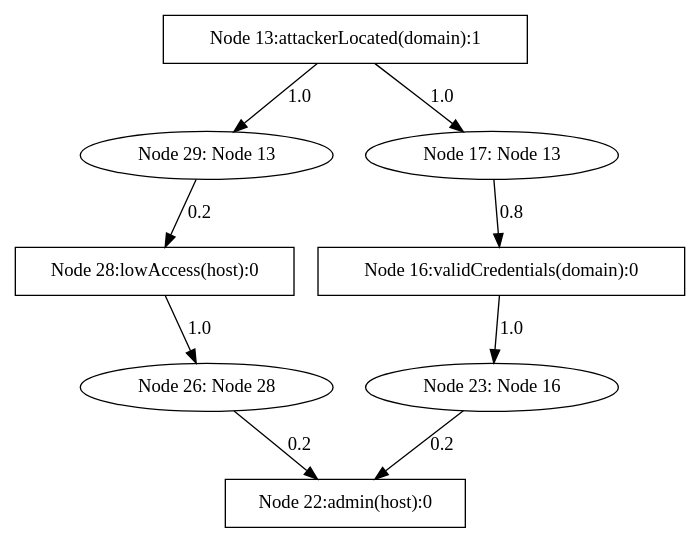
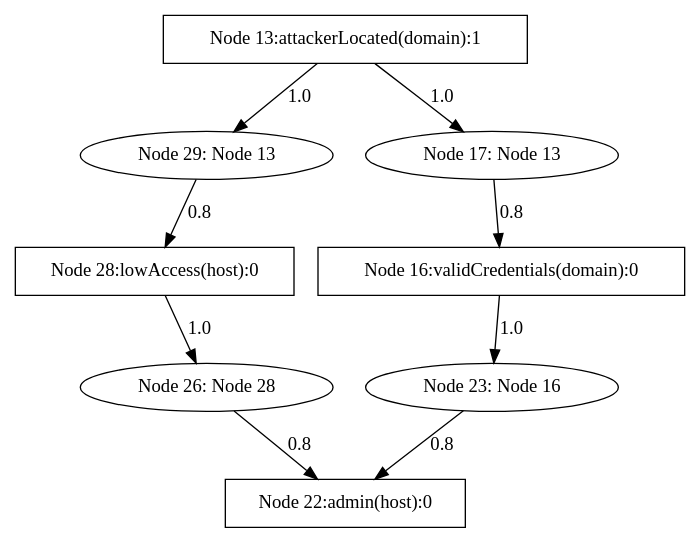
The diagram in Personnal_simulations/output_selection/attack_paths/BAG-to-22.dot (NathanaeldeLaChesnais/attacker_profiling_for_BAG_with_honeypots), drawn with Graphviz before and after one commit. The commit also changed 30 other files, not shown here.

```diff
--- a/Personnal_simulations/output_selection/attack_paths/BAG-to-22.dot
+++ b/Personnal_simulations/output_selection/attack_paths/BAG-to-22.dot
@@ -1,18 +1,18 @@
 strict digraph G {
   1 [ label="Node 29: Node 13" shape="ellipse" nodeType="AND" probArray="1.0" ];
-  2 [ label="Node 28:lowAccess(host):0" shape="box" nodeType="OR" probArray="0.2" ];
+  2 [ label="Node 28:lowAccess(host):0" shape="box" nodeType="OR" probArray="0.8" ];
   3 [ label="Node 26: Node 28" shape="ellipse" nodeType="AND" probArray="1.0" ];
   4 [ label="Node 23: Node 16" shape="ellipse" nodeType="AND" probArray="1.0" ];
-  5 [ label="Node 22:admin(host):0" shape="box" nodeType="OR" probArray="0.2 0.2" ];
+  5 [ label="Node 22:admin(host):0" shape="box" nodeType="OR" probArray="0.8 0.8" ];
   6 [ label="Node 17: Node 13" shape="ellipse" nodeType="AND" probArray="1.0" ];
   7 [ label="Node 16:validCredentials(domain):0" shape="box" nodeType="OR" probArray="0.8" ];
   8 [ label="Node 13:attackerLocated(domain):1" shape="box" nodeType="AND" probArray="1.0" ];
   8 -> 6 [ label="1.0" color="black" ];
   8 -> 1 [ label="1.0" color="black" ];
   7 -> 4 [ label="1.0" color="black" ];
   6 -> 7 [ label="0.8" color="black" ];
-  4 -> 5 [ label="0.2" color="black" ];
-  3 -> 5 [ label="0.2" color="black" ];
+  4 -> 5 [ label="0.8" color="black" ];
+  3 -> 5 [ label="0.8" color="black" ];
   2 -> 3 [ label="1.0" color="black" ];
-  1 -> 2 [ label="0.2" color="black" ];
+  1 -> 2 [ label="0.8" color="black" ];
 }
```
